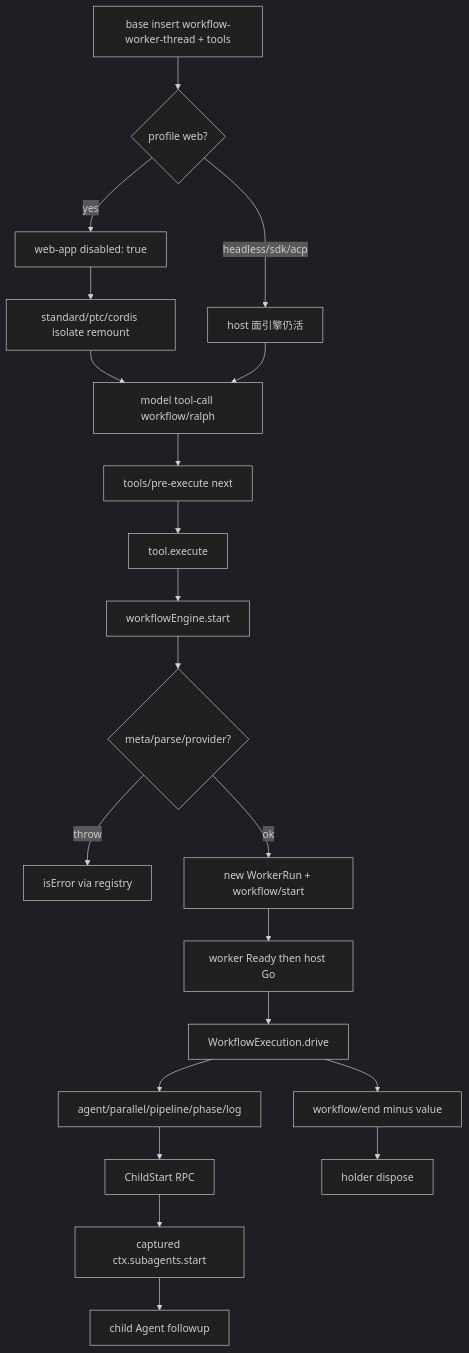
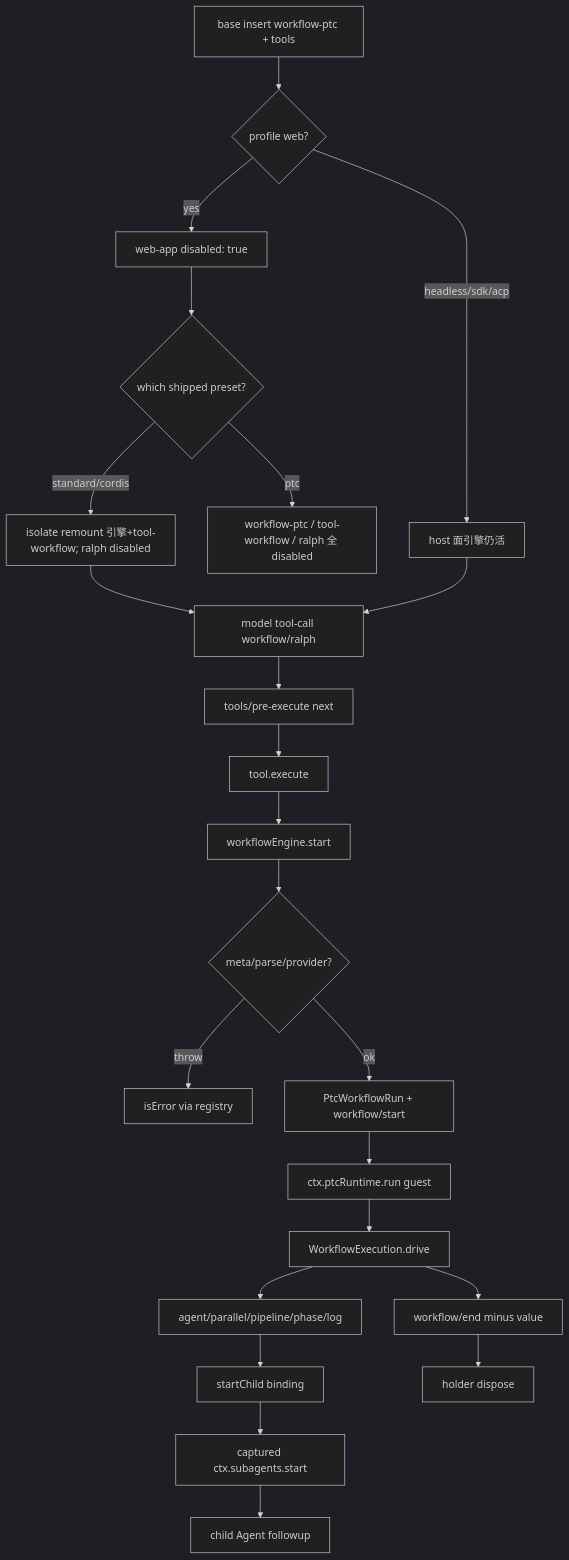
Before and after one commit to wdnmdtonyma/SOTA-Agent-LLM-Wiki: the diagram in docs/llm-wiki/deepseek-harness/subsystems/orchestration/workflow.md, drawn with Mermaid (dark theme). The commit also changed other lines of this file and 237 other files, not shown here.

````diff
--- a/docs/llm-wiki/deepseek-harness/subsystems/orchestration/workflow.md
+++ b/docs/llm-wiki/deepseek-harness/subsystems/orchestration/workflow.md
@@ -130,23 +134,25 @@
 ```mermaid
 flowchart TD
-  Base["base insert workflow-worker-thread + tools"] --> Web{"profile web?"}
+  Base["base insert workflow-ptc + tools"] --> Web{"profile web?"}
   Web -->|yes| Disable["web-app disabled: true"]
   Web -->|headless/sdk/acp| HostLive["host 面引擎仍活"]
-  Disable --> Preset["standard/ptc/cordis isolate remount"]
-  Preset --> Tool["model tool-call workflow/ralph"]
+  Disable --> Preset{"which shipped preset?"}
+  Preset -->|standard/cordis| Enable["isolate remount 引擎+tool-workflow; ralph disabled"]
+  Preset -->|ptc| AllOff["workflow-ptc / tool-workflow / ralph 全 disabled"]
+  Enable --> Tool["model tool-call workflow/ralph"]
   HostLive --> Tool
   Tool --> Waterfall["tools/pre-execute next"]
   Waterfall --> Exec["tool.execute"]
   Exec --> Start["workflowEngine.start"]
   Start --> Sync{"meta/parse/provider?"}
   Sync -->|throw| ToolErr["isError via registry"]
-  Sync -->|ok| Worker["new WorkerRun + workflow/start"]
-  Worker --> Ready["worker Ready then host Go"]
-  Ready --> Drive["WorkflowExecution.drive"]
+  Sync -->|ok| Guest["PtcWorkflowRun + workflow/start"]
+  Guest --> PTC["ctx.ptcRuntime.run guest"]
+  PTC --> Drive["WorkflowExecution.drive"]
   Drive --> Hook["agent/parallel/pipeline/phase/log"]
-  Hook --> RPC["ChildStart RPC"]
+  Hook --> RPC["startChild binding"]
   RPC --> Sub["captured ctx.subagents.start"]
   Sub --> Child["child Agent followup"]
   Drive --> Result["workflow/end minus value"]
   Result --> Dispose["holder dispose"]
 ```
````
